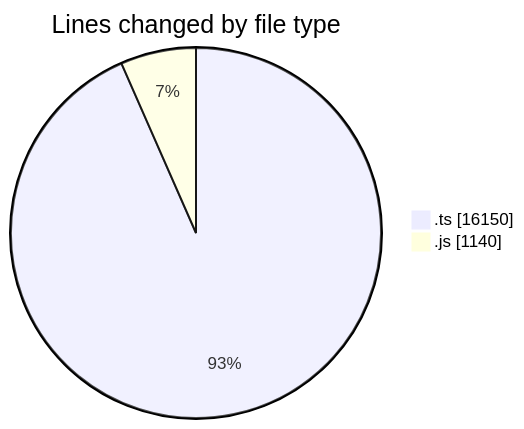
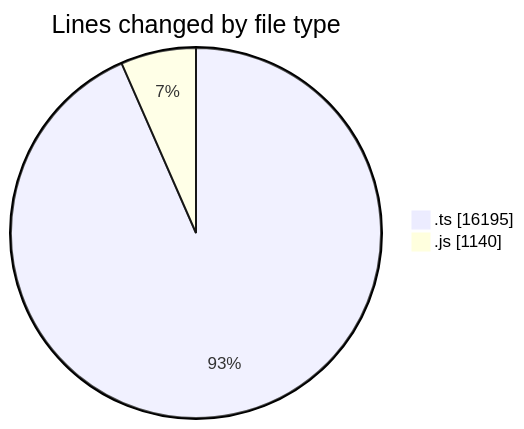
The first of 2 diagrams in 2025-06-27/cda/README.md (momahboobian/code-tracking), drawn with Mermaid before and after one commit. The commit also changed other lines of this file and 1 other file, not shown here.

````diff
--- a/2025-06-27/cda/README.md
+++ b/2025-06-27/cda/README.md
@@ -29,6 +29,6 @@
 ```mermaid
 pie showData
 title Lines changed by file type
-".ts" : 16150
+".ts" : 16195
 ".js" : 1140
 ```
````
